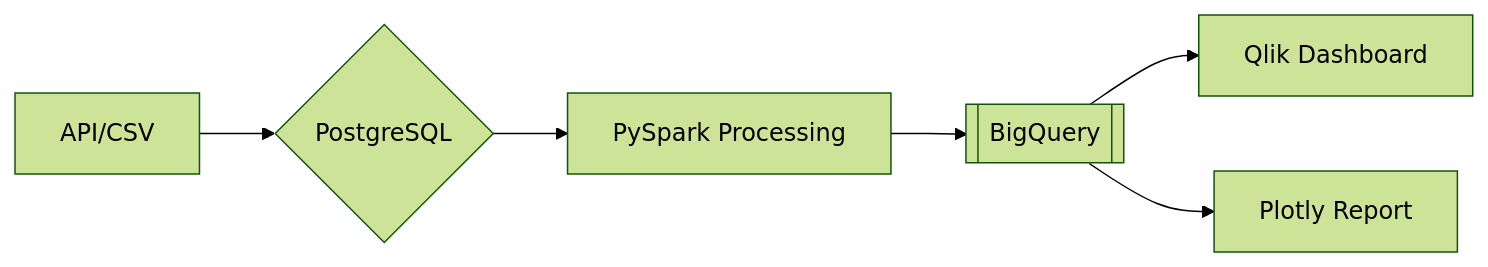
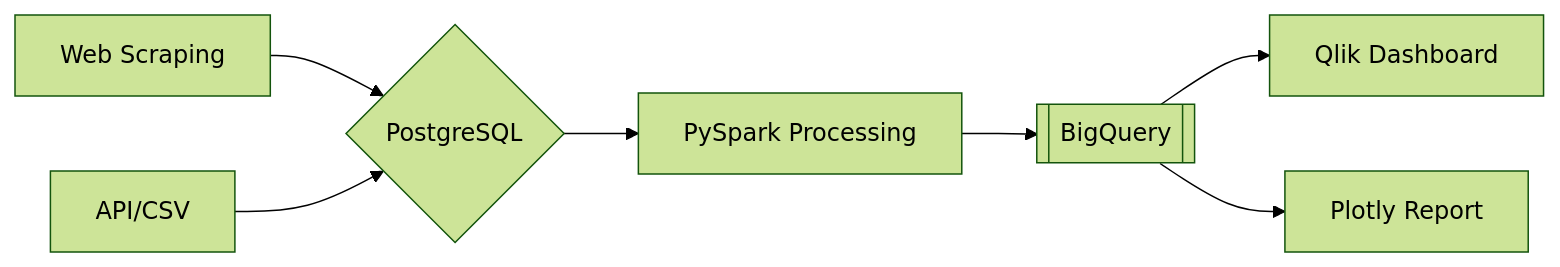
Before and after one commit to aram-devdocs/analyst-to-engineer: the diagram in README.md, drawn with Mermaid (forest theme). The commit also changed other lines of this file and 1 other file, not shown here.

Commit message:
Update outline and README with web scraping focus and enhanced pipeline architecture

````diff
--- a/README.md
+++ b/README.md
@@ -78,8 +82,9 @@
 ```mermaid
 graph LR
-A[API/CSV] --> B{PostgreSQL}
-B --> C[PySpark Processing]
-C --> D[[BigQuery]]
-D --> E[Qlik Dashboard]
-D --> F[Plotly Report]
+A[Web Scraping] --> B{PostgreSQL}
+C[API/CSV] --> B
+B --> D[PySpark Processing]
+D --> E[[BigQuery]]
+E --> F[Qlik Dashboard]
+E --> G[Plotly Report]
 ```
````
